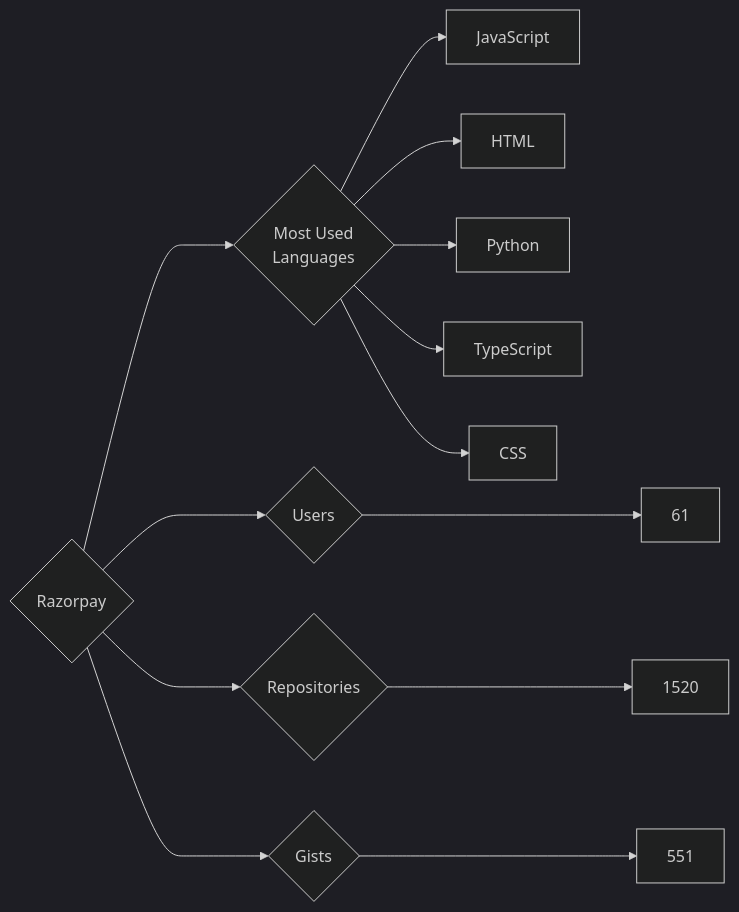
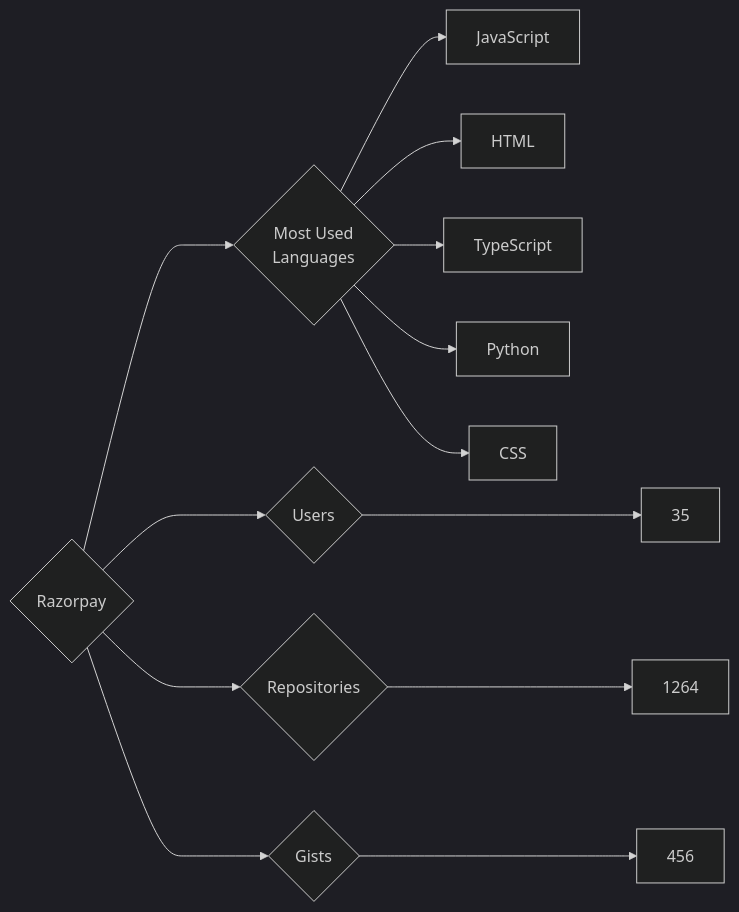
One commit to trickest/insiders changed the diagram in targets/Razorpay/README.md. Above: the diagram before and after it, drawn with Mermaid (dark theme). The commit also changed 765 other files, not shown here.

````diff
--- a/targets/Razorpay/README.md
+++ b/targets/Razorpay/README.md
@@ -3,13 +3,13 @@
 ```mermaid
 graph LR
 COMPANY_NAME{Razorpay}
-COMPANY_NAME ---> U{Users} ---> UN[61]
-COMPANY_NAME ---> R{Repositories} ---> RN[1520]
-COMPANY_NAME ---> G{Gists} ---> GN[551]
+COMPANY_NAME ---> U{Users} ---> UN[35]
+COMPANY_NAME ---> R{Repositories} ---> RN[1264]
+COMPANY_NAME ---> G{Gists} ---> GN[456]
 COMPANY_NAME ---> ML{Most Used<br>Languages}
 ML --> JavaScript[JavaScript]
 ML --> HTML[HTML]
+ML --> TypeScript[TypeScript]
 ML --> Python[Python]
-ML --> TypeScript[TypeScript]
 ML --> CSS[CSS]
 ```
````
